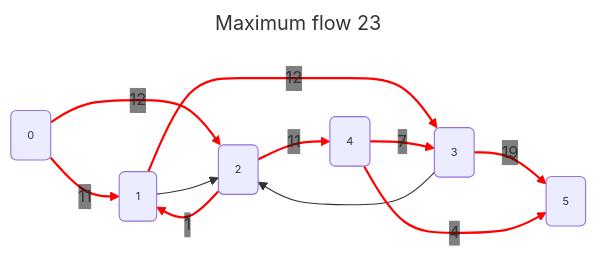
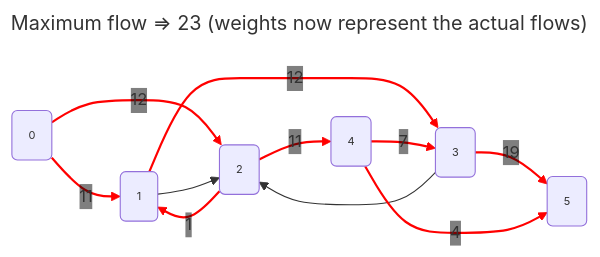
The second of 2 diagrams in docs/algos/maximum_flow.md (sweinst/Grafology), drawn with Mermaid before and after one commit.

Commit message:
An extra comment

````diff
--- a/docs/algos/maximum_flow.md
+++ b/docs/algos/maximum_flow.md
@@ -45,30 +45,30 @@
 ```mermaid
 ---
-title: Maximum flow 23
+title: Maximum flow => 23 (weights now represent the actual flows)
 config:
   themeVariables:
     fontSize: 10px
     sectionFontSize: 10px
     edgeLabelBackground: transparent
 ---
 graph LR;
     0(0)
     1(1)
     2(2)
     3(3)
     4(4)
     5(5)
     0 -- 11 --> 1
     0 -- 12 --> 2
     1 --> 2
     1 -- 12 --> 3
     2 -- 1 --> 1
     2 -- 11 --> 4
     3 --> 2
     3 -- 19 --> 5
     4 -- 7 --> 3
     4 -- 4 --> 5
 
     linkStyle default font-size: 15px
     linkStyle 0,1,3,4,5,7,8,9 stroke-width:2px, stroke:red, fill: none
 ```
````
